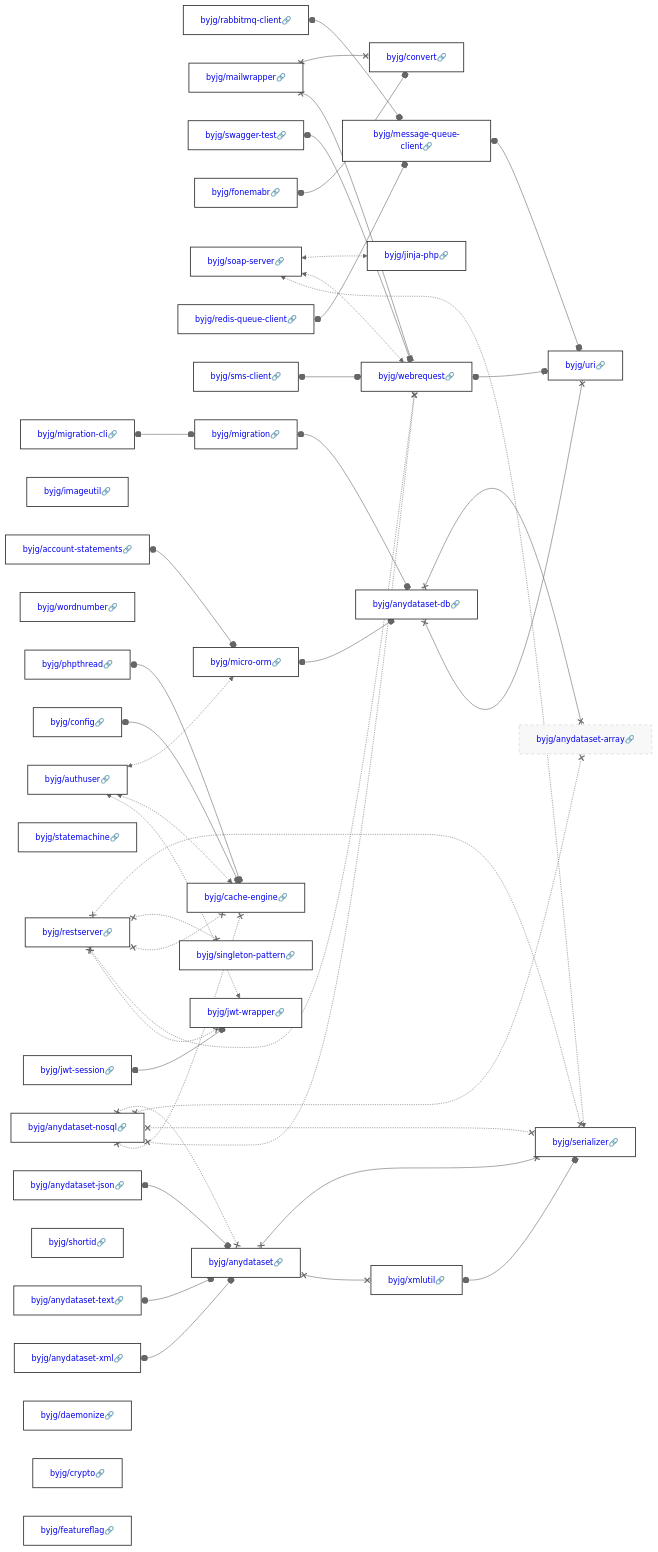
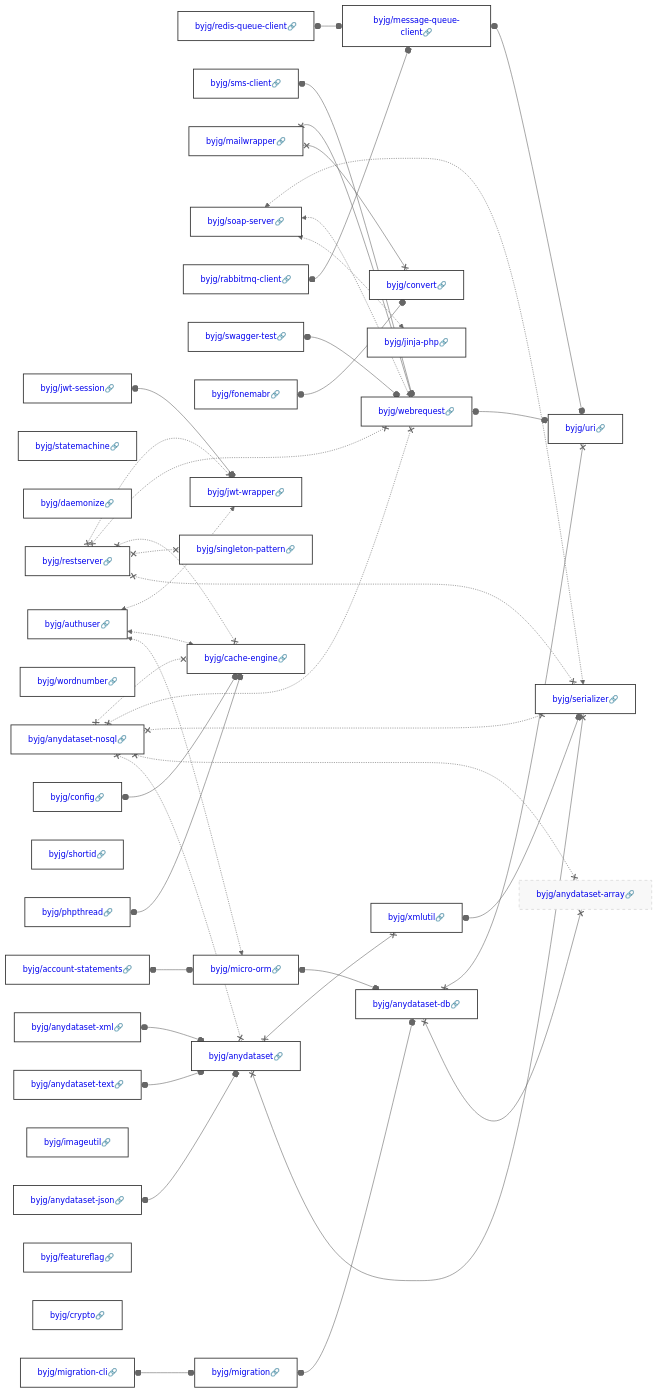
The diagram in docs/php/README.md (byjg/byjg.github.io), drawn with Mermaid (neutral theme) before and after one commit. The commit also changed other lines of this file and 11 other files, not shown here.

Commit message:
Update documentation 'php' 'php-jinja'

````diff
--- a/docs/php/README.md
+++ b/docs/php/README.md
@@ -3,40 +3,40 @@
 ```mermaid
 graph LR;
-  byjg/jwt-session[<a href='https://opensource.byjg.com/docs/php/jwt-session' style='text-decoration:none'>byjg/jwt-session🔗</a>];
-  byjg/rabbitmq-client[<a href='https://opensource.byjg.com/docs/php/rabbitmq-client' style='text-decoration:none'>byjg/rabbitmq-client🔗</a>];
-  byjg/imageutil[<a href='https://opensource.byjg.com/docs/php/imageutil' style='text-decoration:none'>byjg/imageutil🔗</a>];
-  byjg/mailwrapper[<a href='https://opensource.byjg.com/docs/php/mailwrapper' style='text-decoration:none'>byjg/mailwrapper🔗</a>];
-  byjg/account-statements[<a href='https://opensource.byjg.com/docs/php/account-statements' style='text-decoration:none'>byjg/account-statements🔗</a>];
-  byjg/wordnumber[<a href='https://opensource.byjg.com/docs/php/wordnumber' style='text-decoration:none'>byjg/wordnumber🔗</a>];
-  byjg/anydataset-nosql[<a href='https://opensource.byjg.com/docs/php/anydataset-nosql' style='text-decoration:none'>byjg/anydataset-nosql🔗</a>];
-  byjg/swagger-test[<a href='https://opensource.byjg.com/docs/php/swagger-test' style='text-decoration:none'>byjg/swagger-test🔗</a>];
-  byjg/anydataset-json[<a href='https://opensource.byjg.com/docs/php/anydataset-json' style='text-decoration:none'>byjg/anydataset-json🔗</a>];
-  byjg/fonemabr[<a href='https://opensource.byjg.com/docs/php/fonemabr' style='text-decoration:none'>byjg/fonemabr🔗</a>];
-  byjg/anydataset-text[<a href='https://opensource.byjg.com/docs/php/anydataset-text' style='text-decoration:none'>byjg/anydataset-text🔗</a>];
-  byjg/soap-server[<a href='https://opensource.byjg.com/docs/php/soap-server' style='text-decoration:none'>byjg/soap-server🔗</a>];
+  byjg/phpthread[<a href='https://opensource.byjg.com/docs/php/phpthread' style='text-decoration:none'>byjg/phpthread🔗</a>];
   byjg/statemachine[<a href='https://opensource.byjg.com/docs/php/statemachine' style='text-decoration:none'>byjg/statemachine🔗</a>];
-  byjg/authuser[<a href='https://opensource.byjg.com/docs/php/authuser' style='text-decoration:none'>byjg/authuser🔗</a>];
-  byjg/config[<a href='https://opensource.byjg.com/docs/php/config' style='text-decoration:none'>byjg/config🔗</a>];
-  byjg/migration-cli[<a href='https://opensource.byjg.com/docs/php/migration-cli' style='text-decoration:none'>byjg/migration-cli🔗</a>];
-  byjg/anydataset-xml[<a href='https://opensource.byjg.com/docs/php/anydataset-xml' style='text-decoration:none'>byjg/anydataset-xml🔗</a>];
-  byjg/shortid[<a href='https://opensource.byjg.com/docs/php/shortid' style='text-decoration:none'>byjg/shortid🔗</a>];
-  byjg/phpthread[<a href='https://opensource.byjg.com/docs/php/phpthread' style='text-decoration:none'>byjg/phpthread🔗</a>];
   byjg/redis-queue-client[<a href='https://opensource.byjg.com/docs/php/redis-queue-client' style='text-decoration:none'>byjg/redis-queue-client🔗</a>];
+  byjg/daemonize[<a href='https://opensource.byjg.com/docs/php/daemonize' style='text-decoration:none'>byjg/daemonize🔗</a>];
   byjg/restserver[<a href='https://opensource.byjg.com/docs/php/restserver' style='text-decoration:none'>byjg/restserver🔗</a>];
   byjg/sms-client[<a href='https://opensource.byjg.com/docs/php/sms-client' style='text-decoration:none'>byjg/sms-client🔗</a>];
-  byjg/daemonize[<a href='https://opensource.byjg.com/docs/php/daemonize' style='text-decoration:none'>byjg/daemonize🔗</a>];
+  byjg/anydataset-text[<a href='https://opensource.byjg.com/docs/php/anydataset-text' style='text-decoration:none'>byjg/anydataset-text🔗</a>];
+  byjg/wordnumber[<a href='https://opensource.byjg.com/docs/php/wordnumber' style='text-decoration:none'>byjg/wordnumber🔗</a>];
+  byjg/anydataset-xml[<a href='https://opensource.byjg.com/docs/php/anydataset-xml' style='text-decoration:none'>byjg/anydataset-xml🔗</a>];
+  byjg/jwt-session[<a href='https://opensource.byjg.com/docs/php/jwt-session' style='text-decoration:none'>byjg/jwt-session🔗</a>];
+  byjg/shortid[<a href='https://opensource.byjg.com/docs/php/shortid' style='text-decoration:none'>byjg/shortid🔗</a>];
+  byjg/migration-cli[<a href='https://opensource.byjg.com/docs/php/migration-cli' style='text-decoration:none'>byjg/migration-cli🔗</a>];
+  byjg/authuser[<a href='https://opensource.byjg.com/docs/php/authuser' style='text-decoration:none'>byjg/authuser🔗</a>];
+  byjg/mailwrapper[<a href='https://opensource.byjg.com/docs/php/mailwrapper' style='text-decoration:none'>byjg/mailwrapper🔗</a>];
+  byjg/soap-server[<a href='https://opensource.byjg.com/docs/php/soap-server' style='text-decoration:none'>byjg/soap-server🔗</a>];
+  byjg/rabbitmq-client[<a href='https://opensource.byjg.com/docs/php/rabbitmq-client' style='text-decoration:none'>byjg/rabbitmq-client🔗</a>];
+  byjg/account-statements[<a href='https://opensource.byjg.com/docs/php/account-statements' style='text-decoration:none'>byjg/account-statements🔗</a>];
+  byjg/config[<a href='https://opensource.byjg.com/docs/php/config' style='text-decoration:none'>byjg/config🔗</a>];
+  byjg/imageutil[<a href='https://opensource.byjg.com/docs/php/imageutil' style='text-decoration:none'>byjg/imageutil🔗</a>];
+  byjg/anydataset-json[<a href='https://opensource.byjg.com/docs/php/anydataset-json' style='text-decoration:none'>byjg/anydataset-json🔗</a>];
+  byjg/swagger-test[<a href='https://opensource.byjg.com/docs/php/swagger-test' style='text-decoration:none'>byjg/swagger-test🔗</a>];
+  byjg/featureflag[<a href='https://opensource.byjg.com/docs/php/featureflag' style='text-decoration:none'>byjg/featureflag🔗</a>];
+  byjg/fonemabr[<a href='https://opensource.byjg.com/docs/php/fonemabr' style='text-decoration:none'>byjg/fonemabr🔗</a>];
   byjg/crypto[<a href='https://opensource.byjg.com/docs/php/crypto' style='text-decoration:none'>byjg/crypto🔗</a>];
-  byjg/featureflag[<a href='https://opensource.byjg.com/docs/php/featureflag' style='text-decoration:none'>byjg/featureflag🔗</a>];
+  byjg/anydataset-nosql[<a href='https://opensource.byjg.com/docs/php/anydataset-nosql' style='text-decoration:none'>byjg/anydataset-nosql🔗</a>];
+  byjg/singleton-pattern[<a href='https://opensource.byjg.com/docs/php/singleton-pattern' style='text-decoration:none'>byjg/singleton-pattern🔗</a>];
+  byjg/migration[<a href='https://opensource.byjg.com/docs/php/migration' style='text-decoration:none'>byjg/migration🔗</a>];
+  byjg/jwt-wrapper[<a href='https://opensource.byjg.com/docs/php/jwt-wrapper' style='text-decoration:none'>byjg/jwt-wrapper🔗</a>];
+  byjg/jinja-php[<a href='https://opensource.byjg.com/docs/php/jinja-php' style='text-decoration:none'>byjg/jinja-php🔗</a>];
+  byjg/message-queue-client[<a href='https://opensource.byjg.com/docs/php/message-queue-client' style='text-decoration:none'>byjg/message-queue-client🔗</a>];
+  byjg/micro-orm[<a href='https://opensource.byjg.com/docs/php/micro-orm' style='text-decoration:none'>byjg/micro-orm🔗</a>];
   byjg/convert[<a href='https://opensource.byjg.com/docs/php/convert' style='text-decoration:none'>byjg/convert🔗</a>];
-  byjg/jinja-php[<a href='https://opensource.byjg.com/docs/php/jinja-php' style='text-decoration:none'>byjg/jinja-php🔗</a>];
-  byjg/micro-orm[<a href='https://opensource.byjg.com/docs/php/micro-orm' style='text-decoration:none'>byjg/micro-orm🔗</a>];
-  byjg/migration[<a href='https://opensource.byjg.com/docs/php/migration' style='text-decoration:none'>byjg/migration🔗</a>];
   byjg/anydataset[<a href='https://opensource.byjg.com/docs/php/anydataset' style='text-decoration:none'>byjg/anydataset🔗</a>];
-  byjg/message-queue-client[<a href='https://opensource.byjg.com/docs/php/message-queue-client' style='text-decoration:none'>byjg/message-queue-client🔗</a>];
-  byjg/singleton-pattern[<a href='https://opensource.byjg.com/docs/php/singleton-pattern' style='text-decoration:none'>byjg/singleton-pattern🔗</a>];
+  byjg/webrequest[<a href='https://opensource.byjg.com/docs/php/webrequest' style='text-decoration:none'>byjg/webrequest🔗</a>];
   byjg/cache-engine[<a href='https://opensource.byjg.com/docs/php/cache-engine' style='text-decoration:none'>byjg/cache-engine🔗</a>];
-  byjg/jwt-wrapper[<a href='https://opensource.byjg.com/docs/php/jwt-wrapper' style='text-decoration:none'>byjg/jwt-wrapper🔗</a>];
-  byjg/webrequest[<a href='https://opensource.byjg.com/docs/php/webrequest' style='text-decoration:none'>byjg/webrequest🔗</a>];
   byjg/anydataset-db[<a href='https://opensource.byjg.com/docs/php/anydataset-db' style='text-decoration:none'>byjg/anydataset-db🔗</a>];
   byjg/xmlutil[<a href='https://opensource.byjg.com/docs/php/xmlutil' style='text-decoration:none'>byjg/xmlutil🔗</a>];
   byjg/anydataset-array[<a href='https://opensource.byjg.com/docs/php/anydataset-array' style='text-decoration:none'>byjg/anydataset-array🔗</a>];
````
